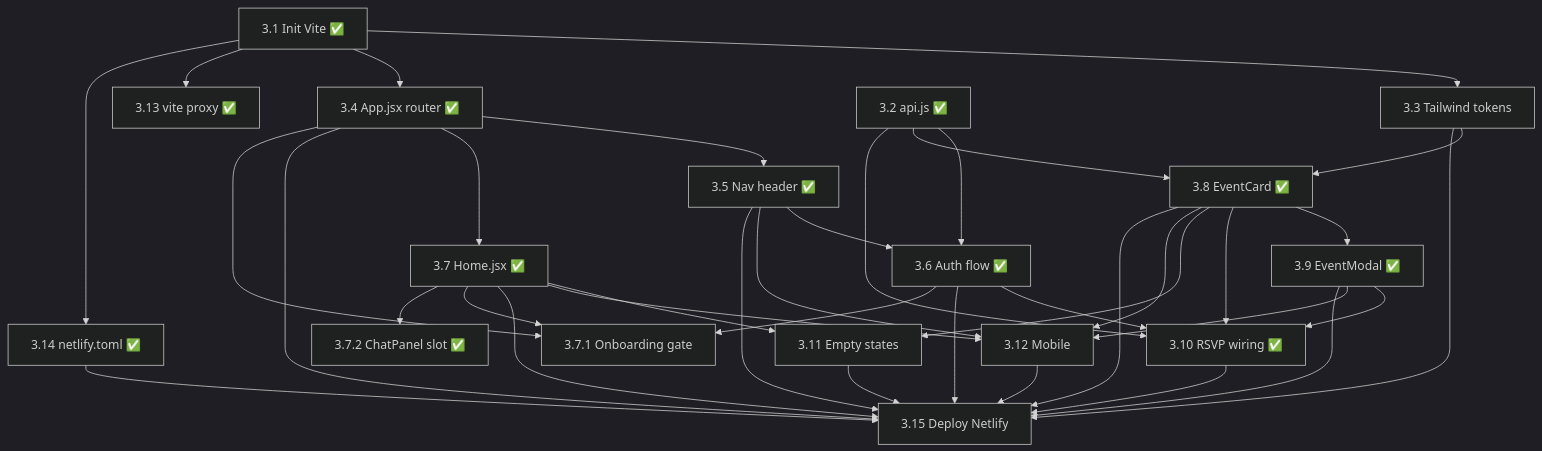
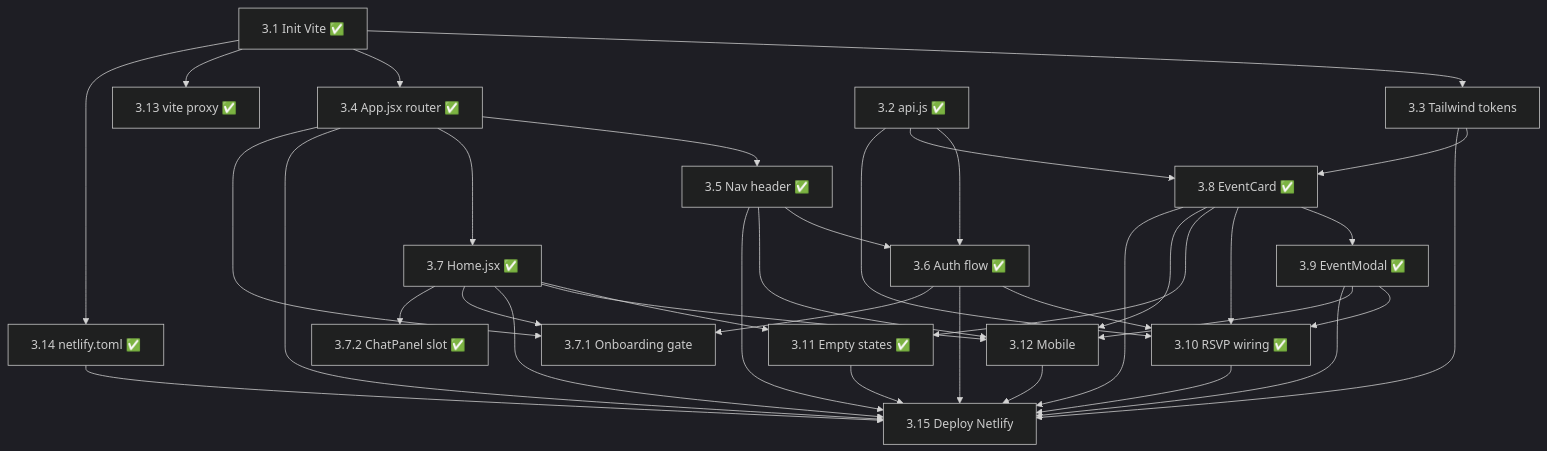
Before and after one commit to matthewpaolosbilo/claude-impact-lab-melbourne-team-5: the diagram in docs/dev3-dependencies.md, drawn with Mermaid (dark theme). The commit also changed other lines of this file and 1 other file, not shown here.

````diff
--- a/docs/dev3-dependencies.md
+++ b/docs/dev3-dependencies.md
@@ -37,39 +37,39 @@
 ```mermaid
 graph TD
     3.1[3.1 Init Vite ✅] --> 3.3[3.3 Tailwind tokens]
     3.1 --> 3.4[3.4 App.jsx router ✅]
     3.1 --> 3.13[3.13 vite proxy ✅]
     3.1 --> 3.14[3.14 netlify.toml ✅]
     3.2[3.2 api.js ✅] --> 3.6[3.6 Auth flow ✅]
     3.3 --> 3.8[3.8 EventCard ✅]
     3.4 --> 3.5[3.5 Nav header ✅]
     3.4 --> 3.7[3.7 Home.jsx ✅]
     3.5 --> 3.6
     3.5 --> 3.12[3.12 Mobile]
     3.2 --> 3.8
     3.8 --> 3.9[3.9 EventModal ✅]
     3.2 --> 3.10[3.10 RSVP wiring ✅]
     3.6 --> 3.10
     3.8 --> 3.10
     3.9 --> 3.10
-    3.7 --> 3.11[3.11 Empty states]
+    3.7 --> 3.11[3.11 Empty states ✅]
     3.8 --> 3.11
     3.7 --> 3.12
     3.8 --> 3.12
     3.9 --> 3.12
     3.3 --> 3.15[3.15 Deploy Netlify]
     3.4 --> 3.15
     3.5 --> 3.15
     3.6 --> 3.15
     3.7 --> 3.15
     3.8 --> 3.15
     3.9 --> 3.15
     3.10 --> 3.15
     3.11 --> 3.15
     3.12 --> 3.15
     3.14 --> 3.15
     3.4 --> 371[3.7.1 Onboarding gate]
     3.6 --> 371
     3.7[3.7 Home.jsx ✅] --> 371
     3.7 --> 372[3.7.2 ChatPanel slot ✅]
 ```
````
